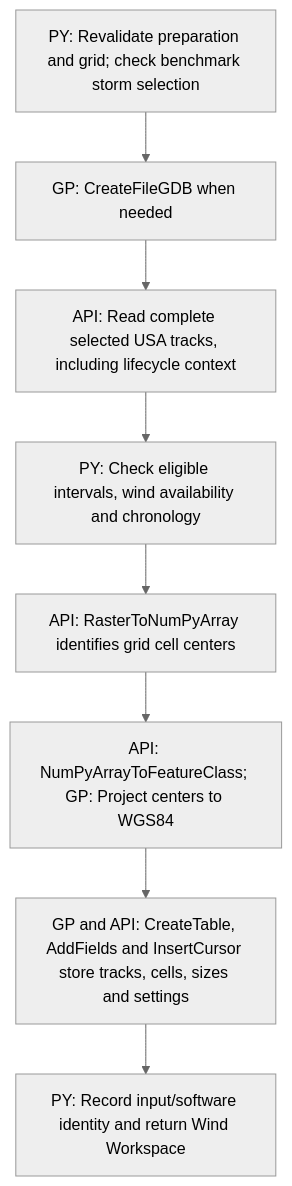
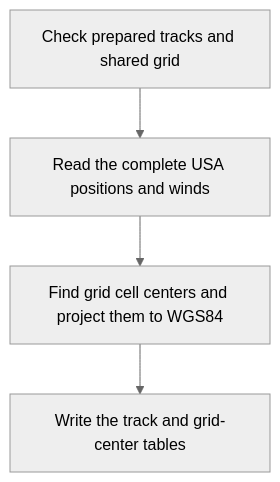
Before and after one commit to avega17/PLAN6059-PR-Risks-SDSS: the sixth of 8 diagrams in docs/hurricane_modelbuilder_setup.md, drawn with Mermaid (neutral theme). The commit also changed other lines of this file and 32 other files, not shown here.

````diff
--- a/docs/hurricane_modelbuilder_setup.md
+++ b/docs/hurricane_modelbuilder_setup.md
@@ -253,18 +228,6 @@
 ```mermaid
 flowchart TD
-    n0["PY: Revalidate preparation and grid; check benchmark storm selection"]
-    n1["GP: CreateFileGDB when needed"]
-    n2["API: Read complete selected USA tracks, including lifecycle context"]
-    n3["PY: Check eligible intervals, wind availability and chronology"]
-    n4["API: RasterToNumPyArray identifies grid cell centers"]
-    n5["API: NumPyArrayToFeatureClass; GP: Project centers to WGS84"]
-    n6["GP and API: CreateTable, AddFields and InsertCursor store tracks, cells, sizes and settings"]
-    n7["PY: Record input/software identity and return Wind Workspace"]
-    n0 --> n1
-    n1 --> n2
-    n2 --> n3
-    n3 --> n4
-    n4 --> n5
-    n5 --> n6
-    n6 --> n7
+    A["Check prepared tracks and shared grid"] --> B["Read the complete USA positions and winds"]
+    B --> C["Find grid cell centers and project them to WGS84"]
+    C --> D["Write the track and grid-center tables"]
 ```
````
